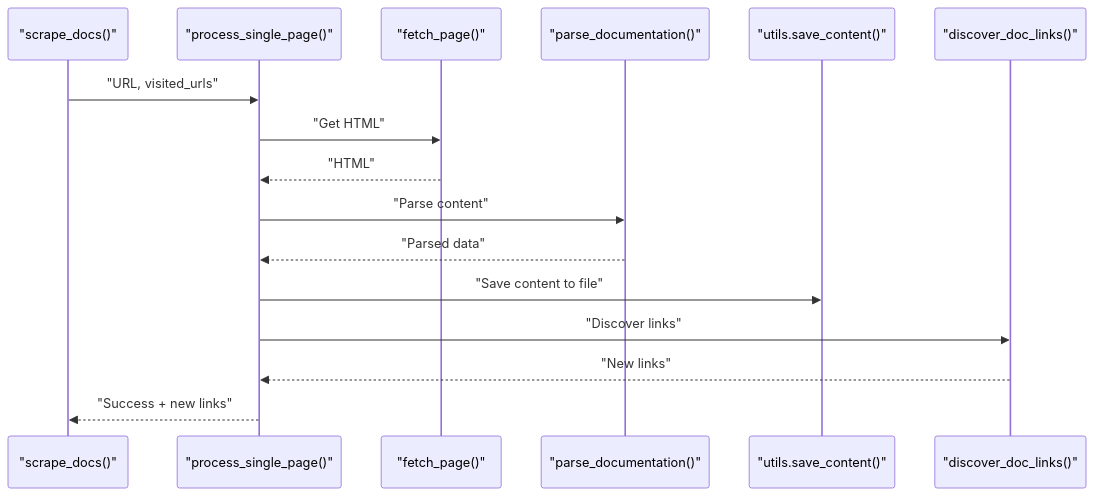
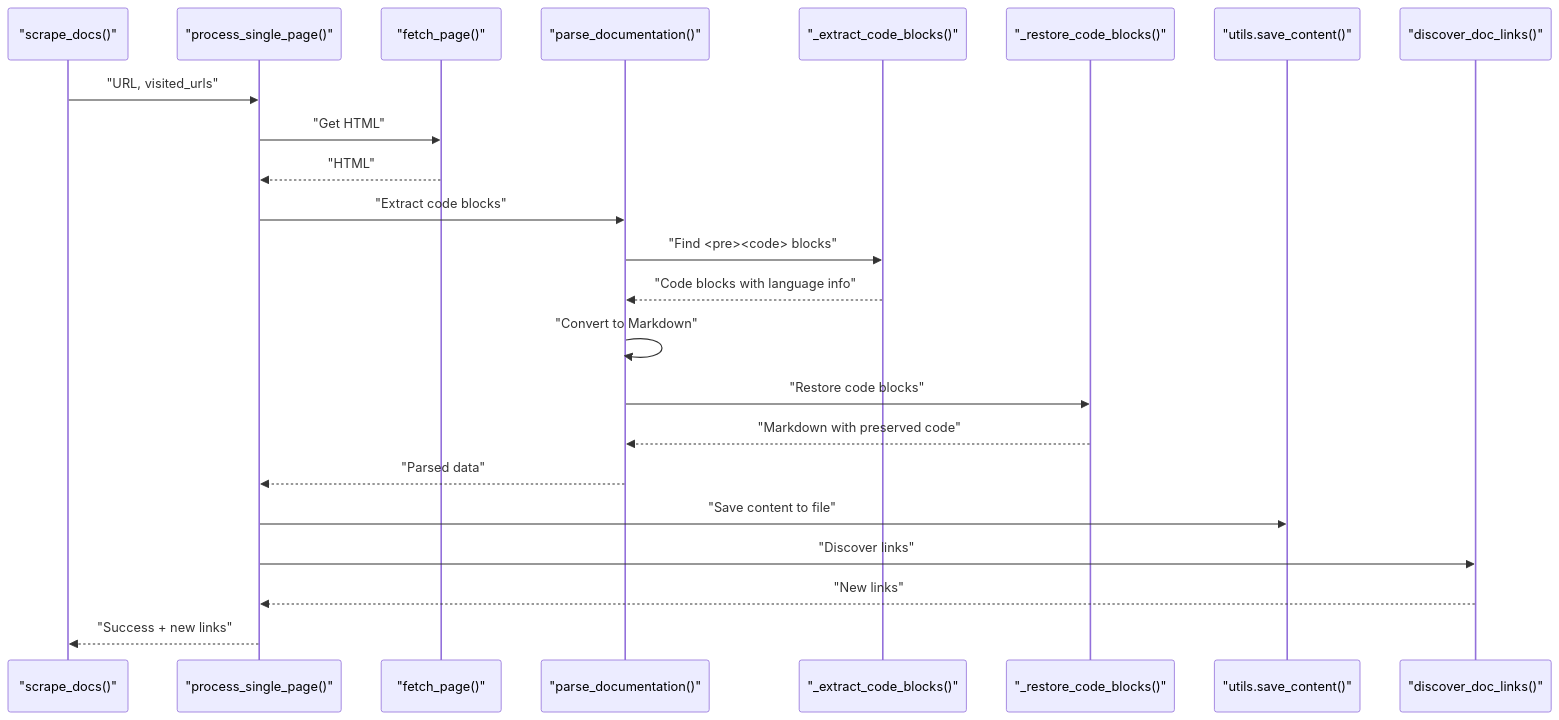
The sixth of 9 diagrams in .qoder/repowiki/en/content/Core Architecture/Scraping Engine.md (cr8ivecodesmith/pico-css-docs), drawn with Mermaid before and after one commit. The commit also changed other lines of this file and 5 other files, not shown here.

````diff
--- a/.qoder/repowiki/en/content/Core Architecture/Scraping Engine.md
+++ b/.qoder/repowiki/en/content/Core Architecture/Scraping Engine.md
@@ -216,18 +264,25 @@
 ```mermaid
 sequenceDiagram
 participant Caller as "scrape_docs()"
 participant Proc as "process_single_page()"
 participant Fetch as "fetch_page()"
 participant Parse as "parse_documentation()"
+participant Extract as "_extract_code_blocks()"
+participant Restore as "_restore_code_blocks()"
 participant Utils as "utils.save_content()"
 participant Disc as "discover_doc_links()"
 Caller->>Proc : "URL, visited_urls"
 Proc->>Fetch : "Get HTML"
 Fetch-->>Proc : "HTML"
-Proc->>Parse : "Parse content"
+Proc->>Parse : "Extract code blocks"
+Parse->>Extract : "Find <pre><code> blocks"
+Extract-->>Parse : "Code blocks with language info"
+Parse->>Parse : "Convert to Markdown"
+Parse->>Restore : "Restore code blocks"
+Restore-->>Parse : "Markdown with preserved code"
 Parse-->>Proc : "Parsed data"
 Proc->>Utils : "Save content to file"
 Proc->>Disc : "Discover links"
 Disc-->>Proc : "New links"
 Proc-->>Caller : "Success + new links"
 ```
````
